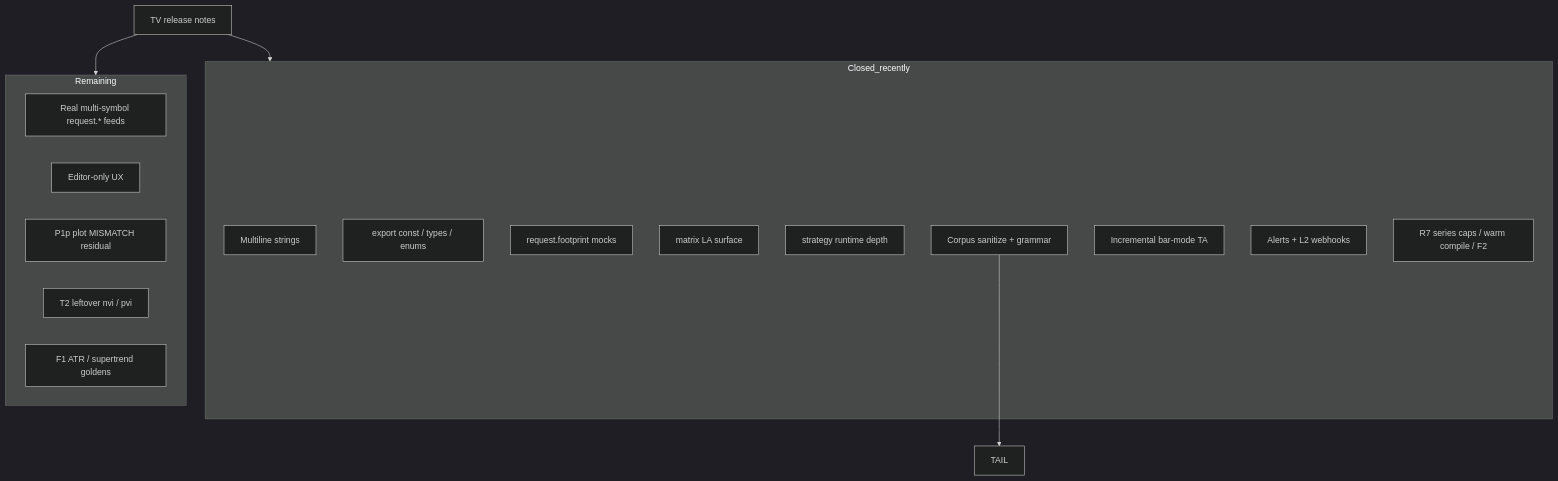
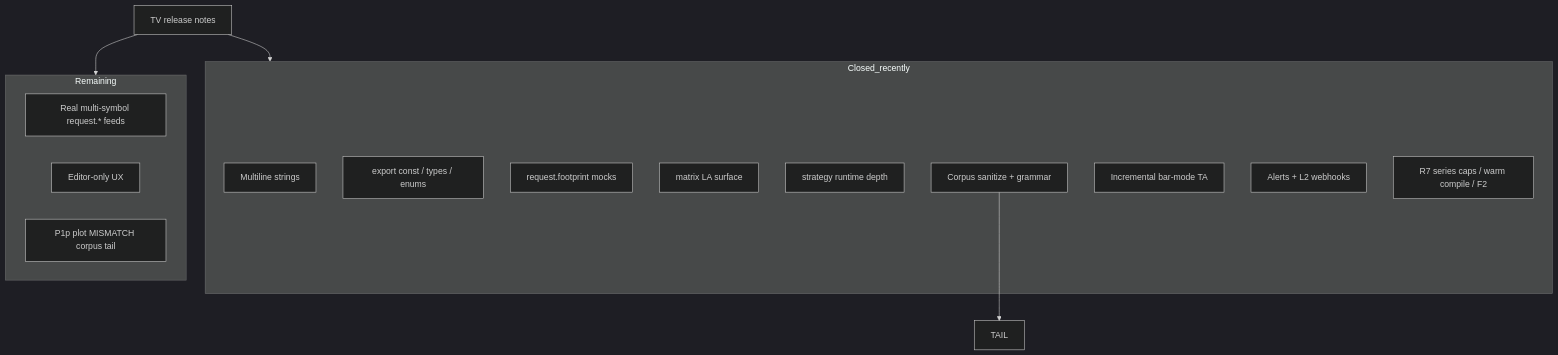
One commit to hoox-sh/pyne changed the diagram in docs/pyne/reference/missing-features.mdx. Above: the diagram before and after it, drawn with Mermaid (dark theme). The commit also changed other lines of this file and 58 other files, not shown here.

````diff
--- a/docs/pyne/reference/missing-features.mdx
+++ b/docs/pyne/reference/missing-features.mdx
@@ -35,24 +35,22 @@
 ```mermaid
 flowchart TB
   subgraph Closed_recently
     ML[Multiline strings]
     EX[export const / types / enums]
     FP[request.footprint mocks]
     MAT[matrix LA surface]
     STR[strategy runtime depth]
     CORP[Corpus sanitize + grammar]
     PERF[Incremental bar-mode TA]
     ALERT[Alerts + L2 webhooks]
     R7[R7 series caps / warm compile / F2]
   end
   subgraph Remaining
     RD[Real multi-symbol request.* feeds]
     ED[Editor-only UX]
-    P1p[P1p plot MISMATCH residual]
-    T2r[T2 leftover nvi / pvi]
-    F1[F1 ATR / supertrend goldens]
+    P1p[P1p plot MISMATCH corpus tail]
   end
   TV[TV release notes] --> Closed_recently
   TV --> Remaining
   CORP --> TAIL
 ```
````
